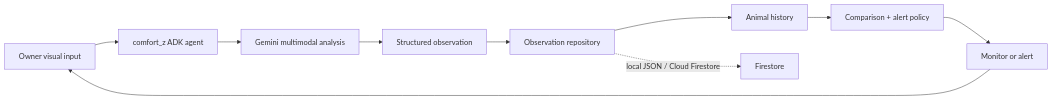
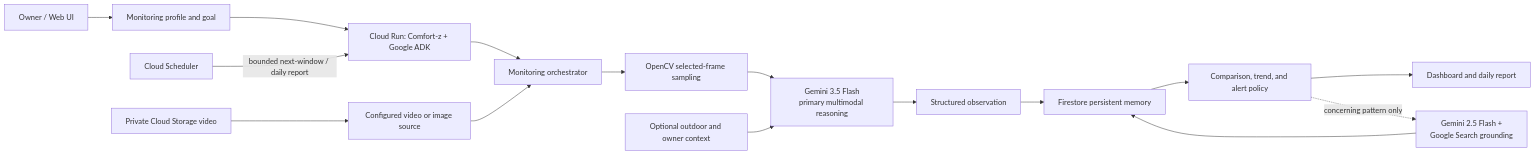
One commit to humairahmr/Comfort-z changed the diagram in README.md. Above: the diagram before and after it, drawn with Mermaid. The commit also changed other lines of this file, not shown here.

````diff
--- a/README.md
+++ b/README.md
@@ -11,12 +9,18 @@
 ```mermaid
 flowchart LR
-  U[Owner visual input] --> A[comfort_z ADK agent]
-  A --> G[Gemini multimodal analysis]
-  G --> S[Structured observation]
-  S --> R[Observation repository]
-  R --> H[Animal history]
-  H --> C[Comparison + alert policy]
-  C --> D[Monitor or alert]
-  D --> U
-  R -. local JSON / Cloud Firestore .-> F[Firestore]
+  O[Owner / Web UI] --> P[Monitoring profile and goal]
+  P --> CR[Cloud Run: Comfort-z + Google ADK]
+  CS[Cloud Scheduler] -->|bounded next-window / daily report| CR
+  CR --> MO[Monitoring orchestrator]
+  VS[Configured video or image source] --> MO
+  GCS[Private Cloud Storage video] --> VS
+  MO --> CV[OpenCV selected-frame sampling]
+  CV --> G35[Gemini 3.5 Flash\nprimary multimodal reasoning]
+  ENV[Optional outdoor and owner context] --> G35
+  G35 --> SO[Structured observation]
+  SO --> FS[Firestore persistent memory]
+  FS --> CT[Comparison, trend, and alert policy]
+  CT --> DASH[Dashboard and daily report]
+  CT -. concerning pattern only .-> R[Gemini 2.5 Flash +\nGoogle Search grounding]
+  R --> FS
 ```
````
